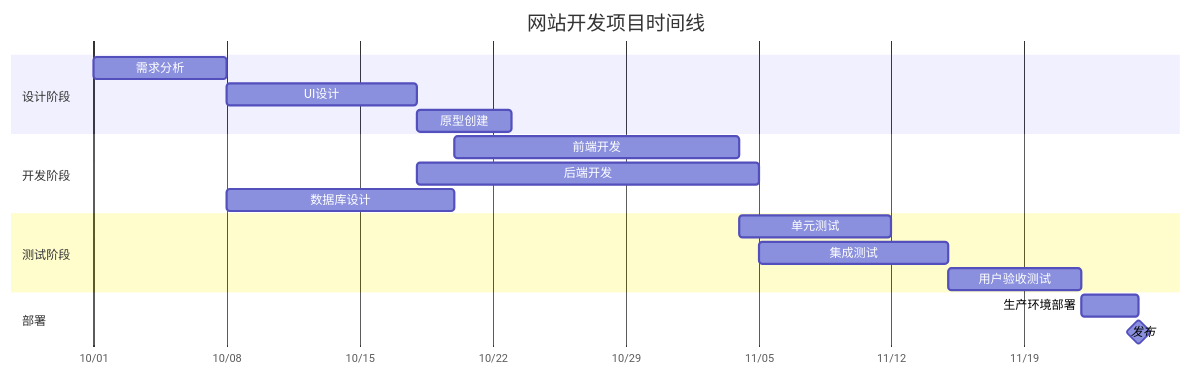
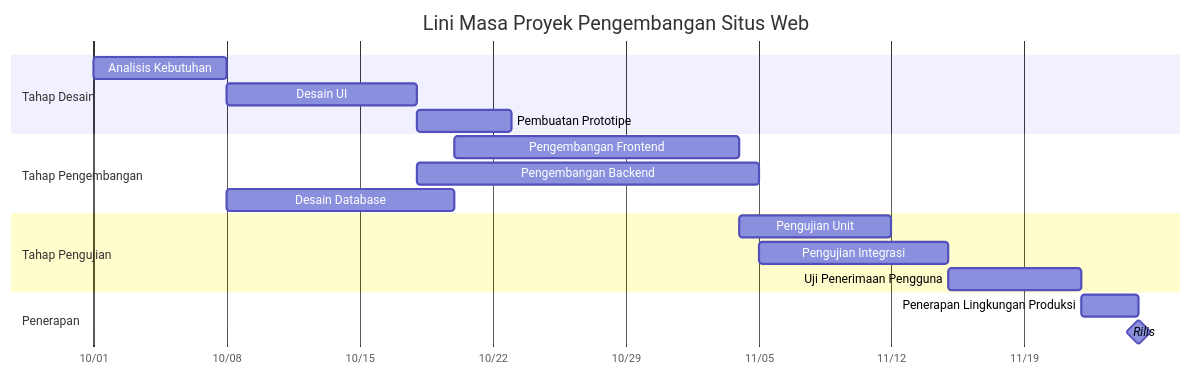
Before and after one commit to abqoryme/LightKira: the third of 6 diagrams in src/content/posts/markdown-mermaid.md, drawn with Mermaid. The commit also changed other lines of this file and 12 other files, not shown here.

````diff
--- a/src/content/posts/markdown-mermaid.md
+++ b/src/content/posts/markdown-mermaid.md
@@ -75,25 +74,26 @@
 ```mermaid
 gantt
-    title 网站开发项目时间线
+    title Lini Masa Proyek Pengembangan Situs Web
     dateFormat  YYYY-MM-DD
     axisFormat  %m/%d
     
-    section 设计阶段
-    需求分析      :a1, 2023-10-01, 7d
-    UI设计                 :a2, after a1, 10d
-    原型创建        :a3, after a2, 5d
+    section Tahap Desain
+    Analisis Kebutuhan      :a1, 2023-10-01, 7d
+    Desain UI               :a2, after a1, 10d
+    Pembuatan Prototipe     :a3, after a2, 5d
     
-    section 开发阶段
-    前端开发      :b1, 2023-10-20, 15d
-    后端开发       :b2, after a2, 18d
-    数据库设计           :b3, after a1, 12d
+    section Tahap Pengembangan
+    Pengembangan Frontend   :b1, 2023-10-20, 15d
+    Pengembangan Backend    :b2, after a2, 18d
+    Desain Database         :b3, after a1, 12d
     
-    section 测试阶段
-    单元测试              :c1, after b1, 8d
-    集成测试       :c2, after b2, 10d
-    用户验收测试   :c3, after c2, 7d
+    section Tahap Pengujian
+    Pengujian Unit          :c1, after b1, 8d
+    Pengujian Integrasi     :c2, after b2, 10d
+    Uji Penerimaan Pengguna :c3, after c2, 7d
     
-    section 部署
-    生产环境部署     :d1, after c3, 3d
-    发布                    :milestone, after d1, 0d
+    section Penerapan
+    Penerapan Lingkungan Produksi :d1, after c3, 3d
+    Rilis                         :milestone, after d1, 0d
+
 ```
````
